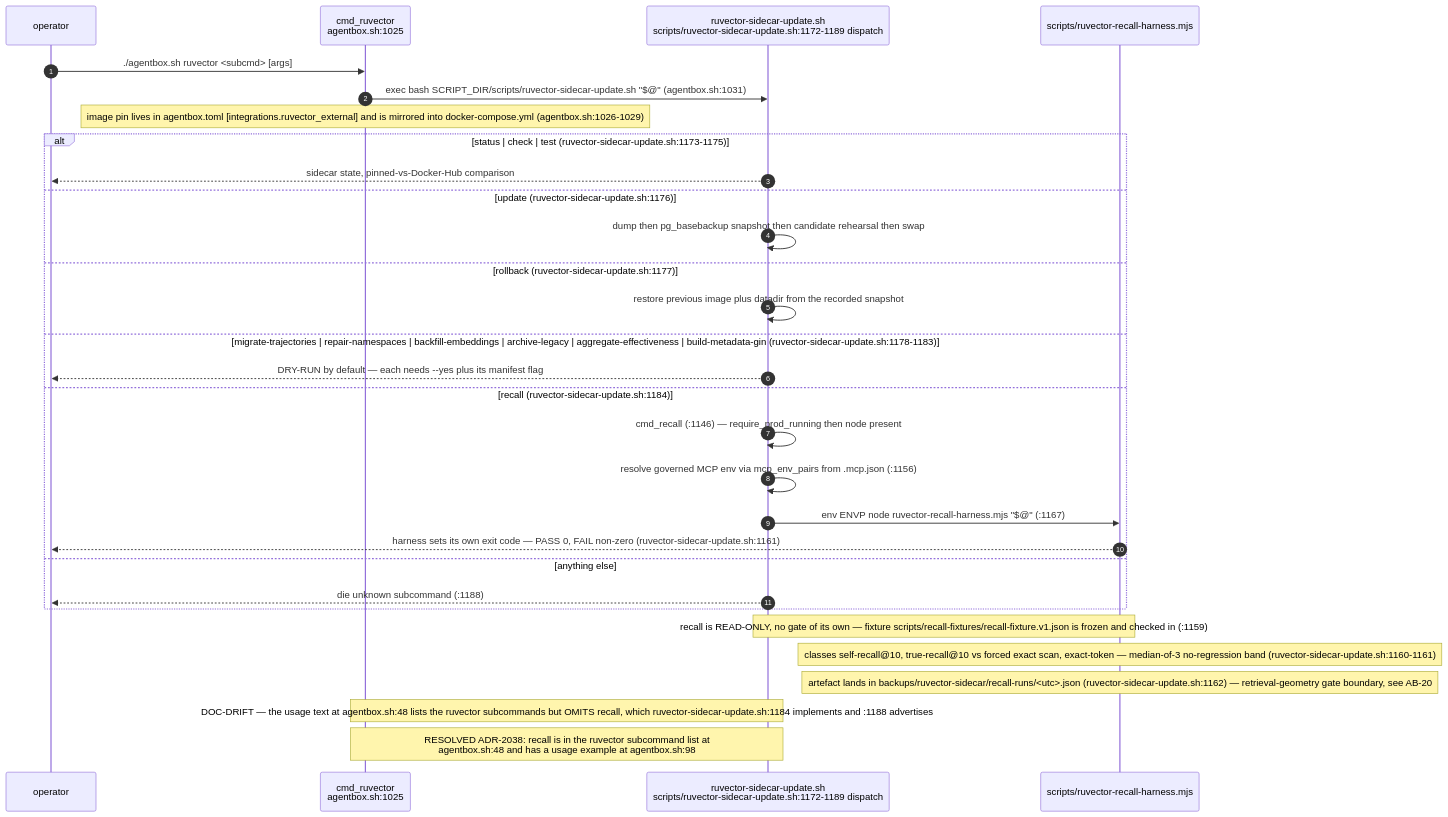
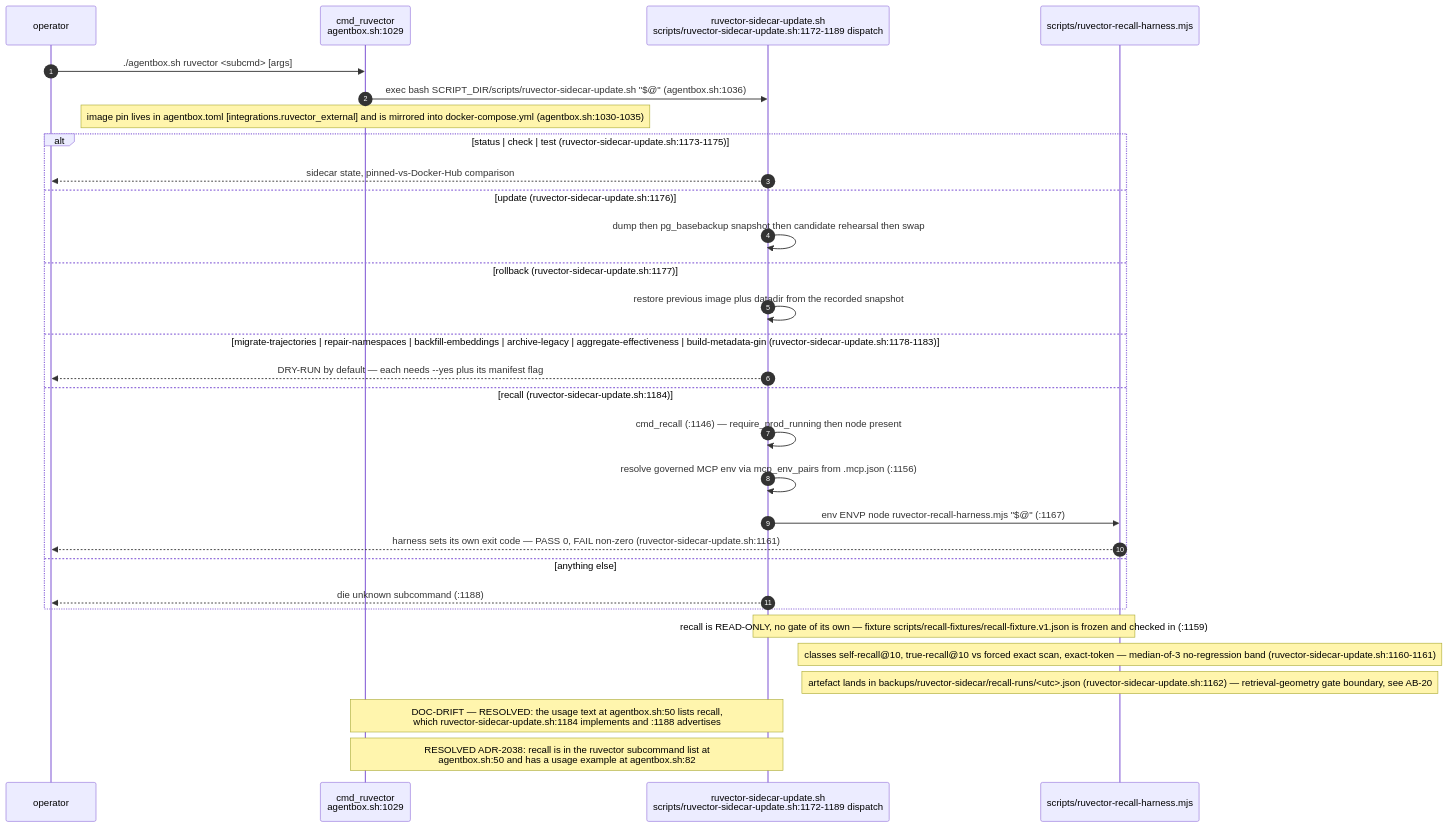
Before and after one commit to DreamLab-AI/VisionFlow: the sixth of 15 diagrams in docs/diagrams/agentbox/05-manifest-gates-and-cli.md, drawn with Mermaid. The commit also changed other lines of this file and 111 other files, not shown here.

Commit message:
docs(diagrams): align estate maps with current source

````diff
--- a/docs/diagrams/agentbox/05-manifest-gates-and-cli.md
+++ b/docs/diagrams/agentbox/05-manifest-gates-and-cli.md
@@ -172,33 +177,33 @@
 ```mermaid
 sequenceDiagram
     autonumber
     participant OP as operator
-    participant AB as cmd_ruvector<br/>agentbox.sh:1025
+    participant AB as cmd_ruvector<br/>agentbox.sh:1029
     participant SC as ruvector-sidecar-update.sh<br/>scripts/ruvector-sidecar-update.sh:1172-1189 dispatch
     participant H as scripts/ruvector-recall-harness.mjs
 
     OP->>AB: ./agentbox.sh ruvector <subcmd> [args]
-    AB->>SC: exec bash SCRIPT_DIR/scripts/ruvector-sidecar-update.sh "$@" (agentbox.sh:1031)
-    Note over AB: image pin lives in agentbox.toml [integrations.ruvector_external] and is mirrored into docker-compose.yml (agentbox.sh:1026-1029)
+    AB->>SC: exec bash SCRIPT_DIR/scripts/ruvector-sidecar-update.sh "$@" (agentbox.sh:1036)
+    Note over AB: image pin lives in agentbox.toml [integrations.ruvector_external] and is mirrored into docker-compose.yml (agentbox.sh:1030-1035)
     alt status | check | test (ruvector-sidecar-update.sh:1173-1175)
         SC-->>OP: sidecar state, pinned-vs-Docker-Hub comparison
     else update (ruvector-sidecar-update.sh:1176)
         SC->>SC: dump then pg_basebackup snapshot then candidate rehearsal then swap
     else rollback (ruvector-sidecar-update.sh:1177)
         SC->>SC: restore previous image plus datadir from the recorded snapshot
     else migrate-trajectories | repair-namespaces | backfill-embeddings | archive-legacy | aggregate-effectiveness | build-metadata-gin (ruvector-sidecar-update.sh:1178-1183)
         SC-->>OP: DRY-RUN by default — each needs --yes plus its manifest flag
     else recall (ruvector-sidecar-update.sh:1184)
         SC->>SC: cmd_recall (:1146) — require_prod_running then node present
         SC->>SC: resolve governed MCP env via mcp_env_pairs from .mcp.json (:1156)
         SC->>H: env ENVP node ruvector-recall-harness.mjs "$@" (:1167)
         H-->>OP: harness sets its own exit code — PASS 0, FAIL non-zero (ruvector-sidecar-update.sh:1161)
     else anything else
         SC-->>OP: die unknown subcommand (:1188)
     end
     Note over SC,H: recall is READ-ONLY, no gate of its own — fixture scripts/recall-fixtures/recall-fixture.v1.json is frozen and checked in (:1159)
     Note over H: classes self-recall@10, true-recall@10 vs forced exact scan, exact-token — median-of-3 no-regression band (ruvector-sidecar-update.sh:1160-1161)
     Note over H: artefact lands in backups/ruvector-sidecar/recall-runs/<utc>.json (ruvector-sidecar-update.sh:1162) — retrieval-geometry gate boundary, see AB-20
-    Note over AB,SC: DOC-DRIFT — the usage text at agentbox.sh:48 lists the ruvector subcommands but OMITS recall, which ruvector-sidecar-update.sh:1184 implements and :1188 advertises
-    Note over AB,SC: RESOLVED ADR-2038: recall is in the ruvector subcommand list at<br/>agentbox.sh:48 and has a usage example at agentbox.sh:98
+    Note over AB,SC: DOC-DRIFT — RESOLVED: the usage text at agentbox.sh:50 lists recall,<br/>which ruvector-sidecar-update.sh:1184 implements and :1188 advertises
+    Note over AB,SC: RESOLVED ADR-2038: recall is in the ruvector subcommand list at<br/>agentbox.sh:50 and has a usage example at agentbox.sh:82
 ```
````
